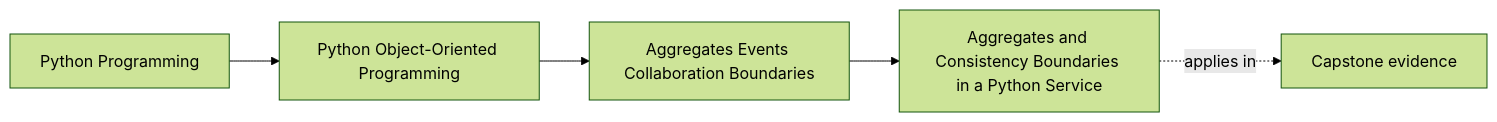
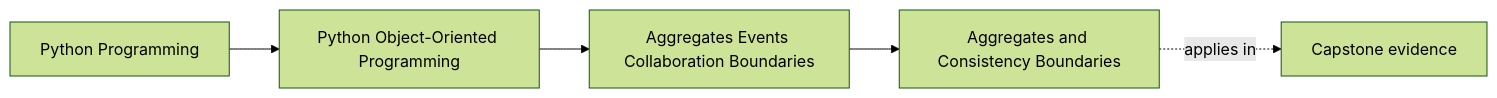
The first of 2 diagrams in programs/python-programming/python-object-oriented-programming/course-book/module-04-aggregates-events-collaboration-boundaries/aggregates-and-consistency-boundaries.md (bijux/bijux-masterclass), drawn with Mermaid (forest theme) before and after one commit. The commit also changed other lines of this file, not shown here.

Commit message:
docs(oop): teach aggregates as consistency boundaries

````diff
--- a/programs/python-programming/python-object-oriented-programming/course-book/module-04-aggregates-events-collaboration-boundaries/aggregates-and-consistency-boundaries.md
+++ b/programs/python-programming/python-object-oriented-programming/course-book/module-04-aggregates-events-collaboration-boundaries/aggregates-and-consistency-boundaries.md
@@ -7,11 +6,11 @@
 ```mermaid
 graph LR
   family["Python Programming"]
   program["Python Object-Oriented Programming"]
   section["Aggregates Events Collaboration Boundaries"]
-  page["Aggregates and Consistency Boundaries in a Python Service"]
+  page["Aggregates and Consistency Boundaries"]
   capstone["Capstone evidence"]
 
   family --> program --> section --> page
   page -.applies in.-> capstone
 ```
````
